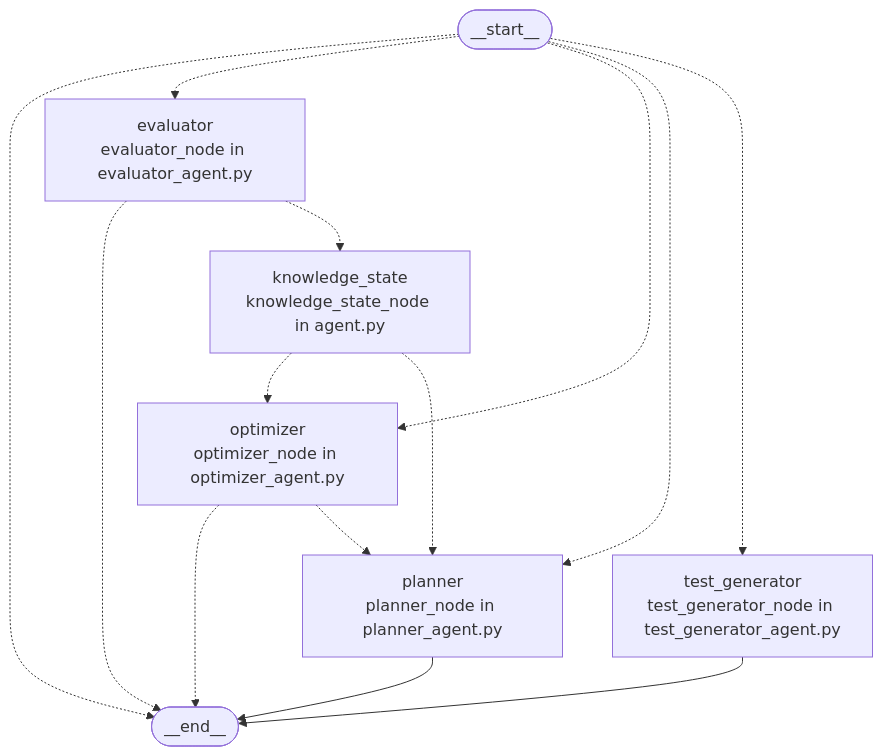
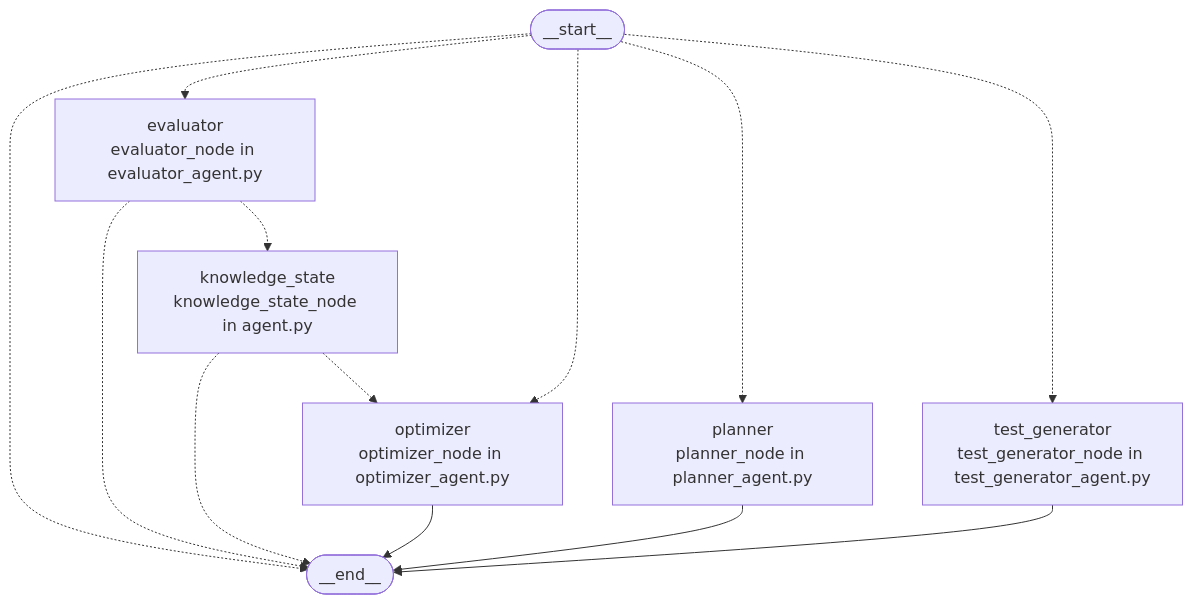
The second of 2 diagrams in docs/repo-graph/REPO_MAP.md (asparagusD/readfocus), drawn with Mermaid before and after one commit. The commit also changed other lines of this file and 11 other files, not shown here.

````diff
--- a/docs/repo-graph/REPO_MAP.md
+++ b/docs/repo-graph/REPO_MAP.md
@@ -493,23 +493,22 @@
 ```mermaid
 flowchart TD
   graph_node___end__(["__end__"])
   graph_node___start__(["__start__"])
   graph_node___start__ -.-> graph_node___end__
   graph_node___start__ -.-> graph_node_evaluator
   graph_node___start__ -.-> graph_node_optimizer
   graph_node___start__ -.-> graph_node_planner
   graph_node___start__ -.-> graph_node_test_generator
   graph_node_evaluator["evaluator<br/>evaluator_node in evaluator_agent.py"]
   graph_node_evaluator -.-> graph_node___end__
   graph_node_evaluator -.-> graph_node_knowledge_state
   graph_node_knowledge_state["knowledge_state<br/>knowledge_state_node in agent.py"]
+  graph_node_knowledge_state -.-> graph_node___end__
   graph_node_knowledge_state -.-> graph_node_optimizer
-  graph_node_knowledge_state -.-> graph_node_planner
   graph_node_optimizer["optimizer<br/>optimizer_node in optimizer_agent.py"]
-  graph_node_optimizer -.-> graph_node___end__
-  graph_node_optimizer -.-> graph_node_planner
+  graph_node_optimizer --> graph_node___end__
   graph_node_planner["planner<br/>planner_node in planner_agent.py"]
   graph_node_planner --> graph_node___end__
   graph_node_test_generator["test_generator<br/>test_generator_node in test_generator_agent.py"]
   graph_node_test_generator --> graph_node___end__
 ```
````
